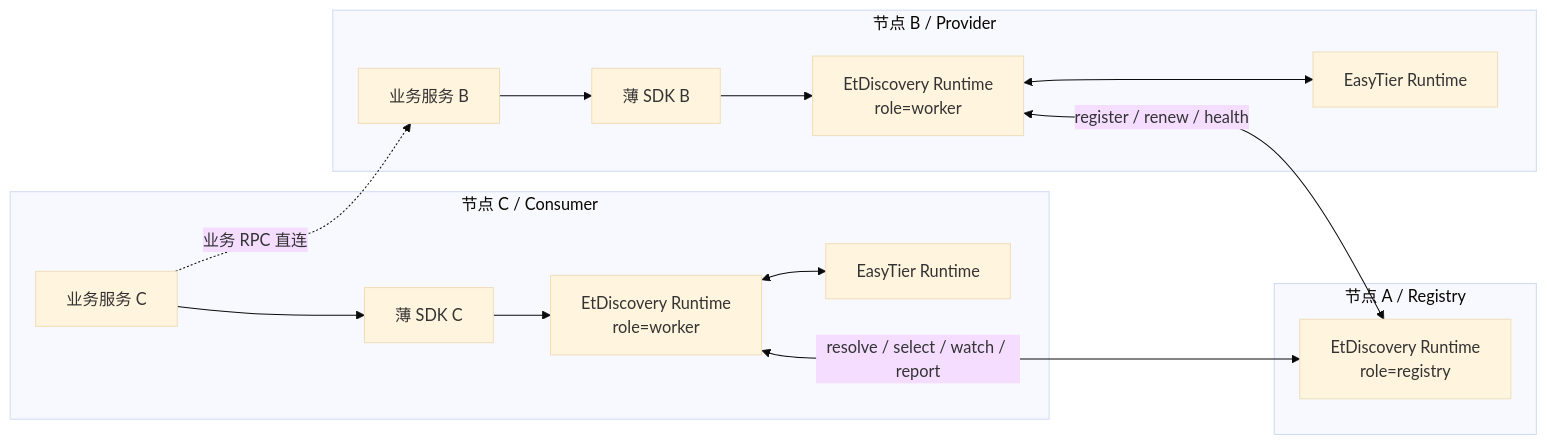
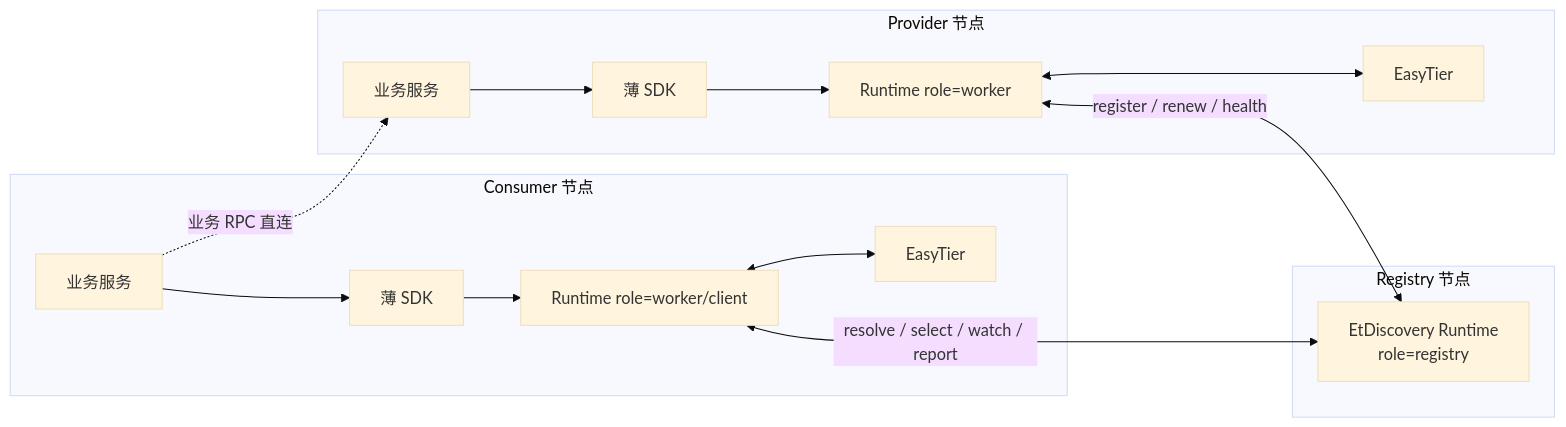
Before and after one commit to SwingCosmic/easytier-discovery: the first of 2 diagrams in docs/service-registry-application-layer.md, drawn with Mermaid (base theme). The commit also changed other lines of this file and 16 other files, not shown here.

````diff
--- a/docs/service-registry-application-layer.md
+++ b/docs/service-registry-application-layer.md
@@ -91,31 +108,29 @@
 ```mermaid
 flowchart LR
-  subgraph NodeA["节点 A / Registry"]
+  subgraph NodeR["Registry 节点"]
     R["EtDiscovery Runtime
 role=registry"]
   end
 
-  subgraph NodeB["节点 B / Provider"]
-    AppB["业务服务 B"]
-    SdkB["薄 SDK B"]
-    Wb["EtDiscovery Runtime
-role=worker"]
-    EtB["EasyTier Runtime"]
-    AppB --> SdkB --> Wb
-    Wb <--> EtB
+  subgraph NodeP["Provider 节点"]
+    AppP["业务服务"]
+    SdkP["薄 SDK"]
+    Wp["Runtime role=worker"]
+    EtP["EasyTier"]
+    AppP --> SdkP --> Wp
+    Wp <--> EtP
   end
 
-  subgraph NodeC["节点 C / Consumer"]
-    AppC["业务服务 C"]
-    SdkC["薄 SDK C"]
-    Wc["EtDiscovery Runtime
-role=worker"]
-    EtC["EasyTier Runtime"]
+  subgraph NodeC["Consumer 节点"]
+    AppC["业务服务"]
+    SdkC["薄 SDK"]
+    Wc["Runtime role=worker/client"]
+    EtC["EasyTier"]
     AppC --> SdkC --> Wc
     Wc <--> EtC
   end
 
-  Wb <-- "register / renew / health" --> R
+  Wp <-- "register / renew / health" --> R
   Wc <-- "resolve / select / watch / report" --> R
-  AppC -. "业务 RPC 直连" .-> AppB
+  AppC -. "业务 RPC 直连" .-> AppP
 ```
````
